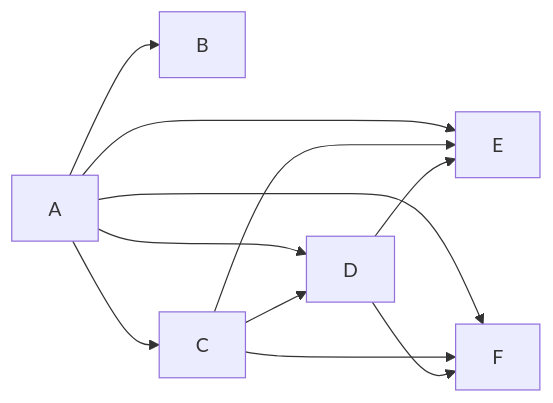
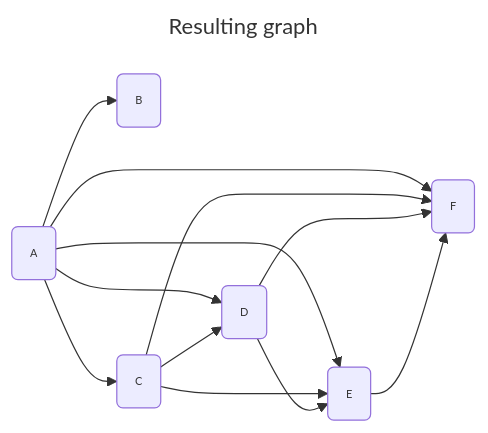
The second of 2 diagrams in docs/algos/transitive_closure.md (sweinst/Grafology), drawn with Mermaid before and after one commit. The commit also changed other lines of this file, not shown here.

````diff
--- a/docs/algos/transitive_closure.md
+++ b/docs/algos/transitive_closure.md
@@ -43,13 +38,27 @@
 ```mermaid
+---
+title: Resulting graph
+config:
+  themeVariables:
+    fontSize: 9px
+    sectionFontSize: 9px
+---
 graph LR;
+    A(A)
+    B(B)
+    C(C)
+    D(D)
+    E(E)
+    F(F)
     A --> B
     A --> C
     A --> D
     A --> E
     A --> F
     C --> D
     C --> E
     C --> F
     D --> E
     D --> F
+    E --> F
 ```
````
